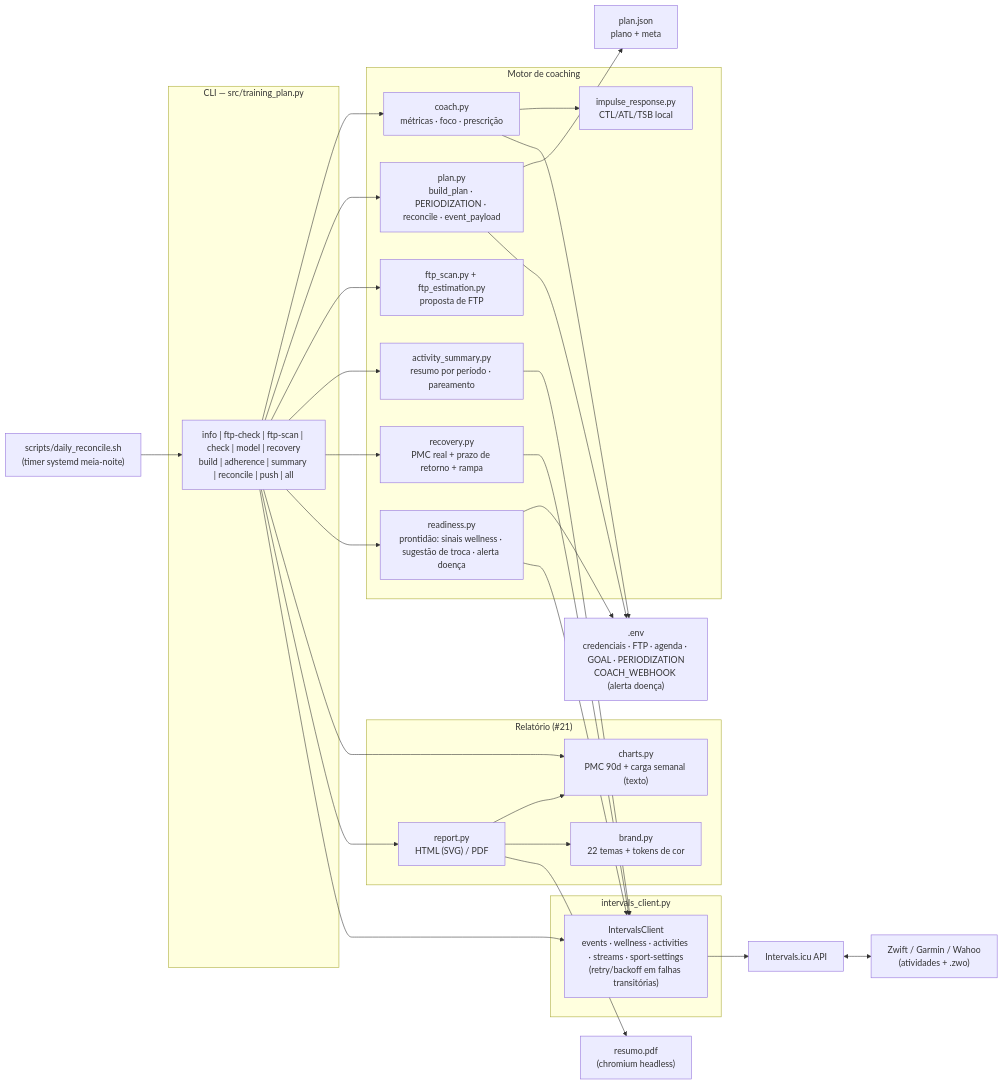
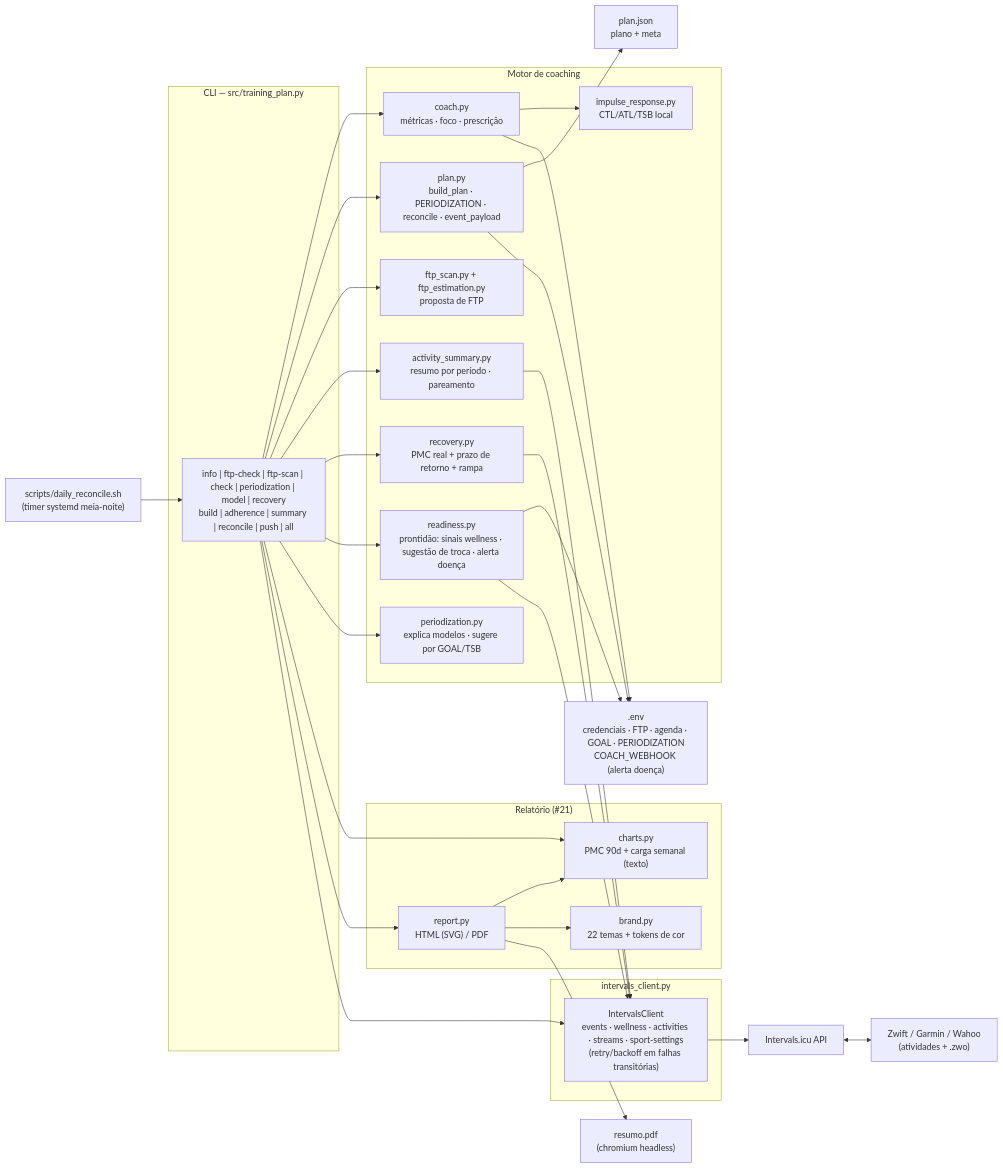
One commit to valdelin/Hermes-coach changed the first of 6 diagrams in docs/DIAGRAMAS.md. Above: the diagram before and after it, drawn with Mermaid. The commit also changed other lines of this file and 12 other files, not shown here.

Commit message:
feat: comando periodization explica modelos e sugere por GOAL/TSB (v0.0.28)

````diff
--- a/docs/DIAGRAMAS.md
+++ b/docs/DIAGRAMAS.md
@@ -30,58 +31,60 @@
 ```mermaid
 flowchart LR
     subgraph CLI["CLI — src/training_plan.py"]
-        CMD["info | ftp-check | ftp-scan | check | model | recovery<br/>build | adherence | summary | reconcile | push | all"]
+        CMD["info | ftp-check | ftp-scan | check | periodization | model | recovery<br/>build | adherence | summary | reconcile | push | all"]
     end
 
     subgraph CORE["Motor de coaching"]
         COACH["coach.py<br/>métricas · foco · prescrição"]
         PLAN["plan.py<br/>build_plan · PERIODIZATION · reconcile · event_payload"]
         IR["impulse_response.py<br/>CTL/ATL/TSB local"]
         FTPS["ftp_scan.py + ftp_estimation.py<br/>proposta de FTP"]
         AS["activity_summary.py<br/>resumo por período · pareamento"]
         REC["recovery.py<br/>PMC real + prazo de retorno + rampa"]
         RD["readiness.py<br/>prontidão: sinais wellness · sugestão de troca · alerta doença"]
+        PER["periodization.py<br/>explica modelos · sugere por GOAL/TSB"]
     end
 
     subgraph REPORT["Relatório (#21)"]
         CH["charts.py<br/>PMC 90d + carga semanal (texto)"]
         RP["report.py<br/>HTML (SVG) / PDF"]
         BR["brand.py<br/>22 temas + tokens de cor"]
     end
 
     subgraph API["intervals_client.py"]
         CLIENT["IntervalsClient<br/>events · wellness · activities · streams · sport-settings<br/>(retry/backoff em falhas transitórias)"]
     end
 
     ENV[".env<br/>credenciais · FTP · agenda · GOAL · PERIODIZATION<br/>COACH_WEBHOOK (alerta doença)"]
     PLANFILE["plan.json<br/>plano + meta"]
     SH["scripts/daily_reconcile.sh<br/>(timer systemd meia-noite)"]
 
     INTERVALS["Intervals.icu API"]
     APPS["Zwift / Garmin / Wahoo<br/>(atividades + .zwo)"]
     PDF["resumo.pdf<br/>(chromium headless)"]
 
     CMD --> COACH
     CMD --> PLAN
     CMD --> FTPS
     CMD --> AS
     CMD --> REC
     CMD --> RD
+    CMD --> PER
     CMD --> CH
     CMD --> RP
     COACH --> IR
     CMD --> CLIENT
     PLAN --> PLANFILE
     COACH --> ENV
     PLAN --> ENV
     RD --> ENV
     AS --> CLIENT
     REC --> CLIENT
     RD --> CLIENT
     CLIENT --> INTERVALS
     INTERVALS <--> APPS
     SH --> CMD
     RP --> CH
     RP --> BR
     RP --> PDF
 ```
````
